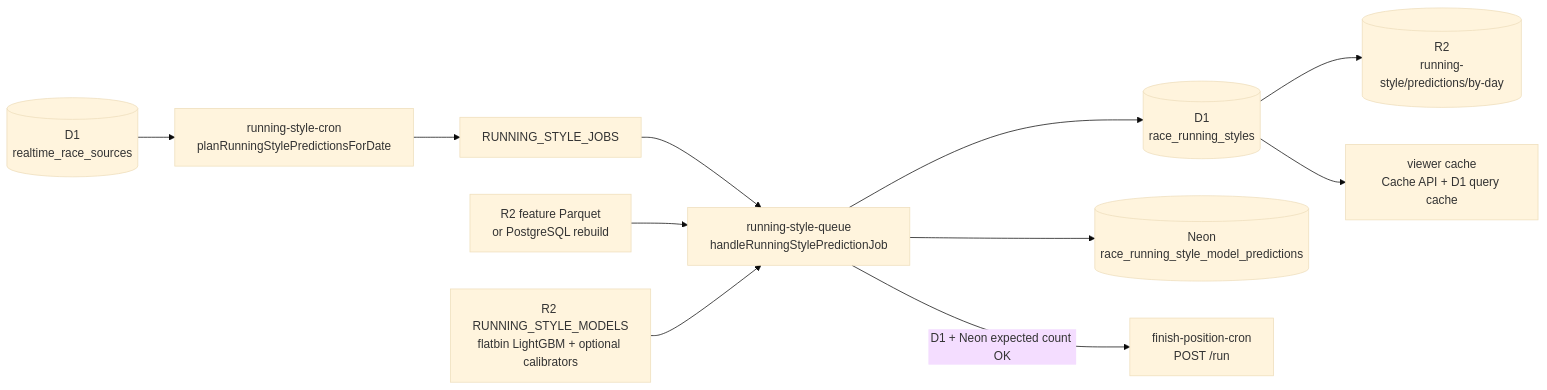
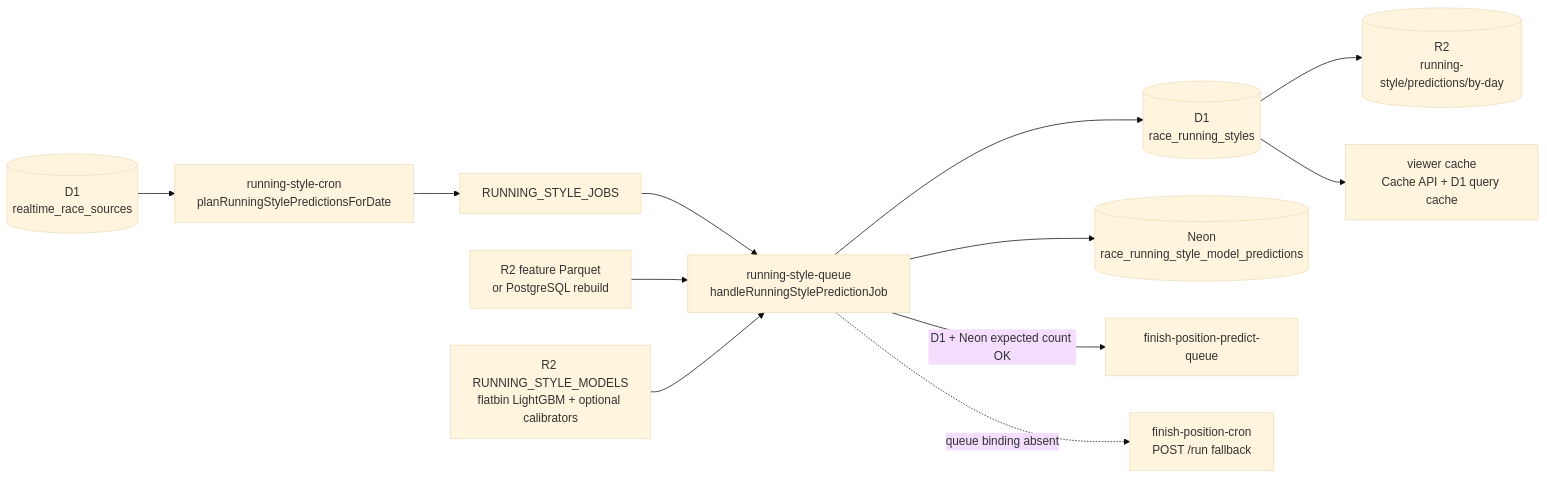
The third of 10 diagrams in docs/finish-position-prediction-system.md (kkkaoru/horse-racing-data), drawn with Mermaid (base theme) before and after one commit. The commit also changed other lines of this file and 14 other files, not shown here.

Commit message:
Stabilize finish-position production generation

````diff
--- a/docs/finish-position-prediction-system.md
+++ b/docs/finish-position-prediction-system.md
@@ -214,23 +216,25 @@
 ```mermaid
 flowchart LR
     D1R[("D1<br/>realtime_race_sources")]
     PLAN["running-style-cron<br/>planRunningStylePredictionsForDate"]
     Q["RUNNING_STYLE_JOBS"]
     H["running-style-queue<br/>handleRunningStylePredictionJob"]
     FEAT["R2 feature Parquet<br/>or PostgreSQL rebuild"]
     MODEL["R2 RUNNING_STYLE_MODELS<br/>flatbin LightGBM + optional calibrators"]
     D1RS[("D1<br/>race_running_styles")]
     NEONRS[("Neon<br/>race_running_style_model_predictions")]
     R2DAY[("R2<br/>running-style/predictions/by-day")]
     CACHE["viewer cache<br/>Cache API + D1 query cache"]
-    FP["finish-position-cron<br/>POST /run"]
+    FPQ["finish-position-predict-queue"]
+    FPF["finish-position-cron<br/>POST /run fallback"]
 
     D1R --> PLAN --> Q --> H
     FEAT --> H
     MODEL --> H
     H --> D1RS
     H --> NEONRS
     D1RS --> R2DAY
     D1RS --> CACHE
-    H -->|"D1 + Neon expected count OK"| FP
+    H -->|"D1 + Neon expected count OK"| FPQ
+    H -.->|"queue binding absent"| FPF
 ```
````
